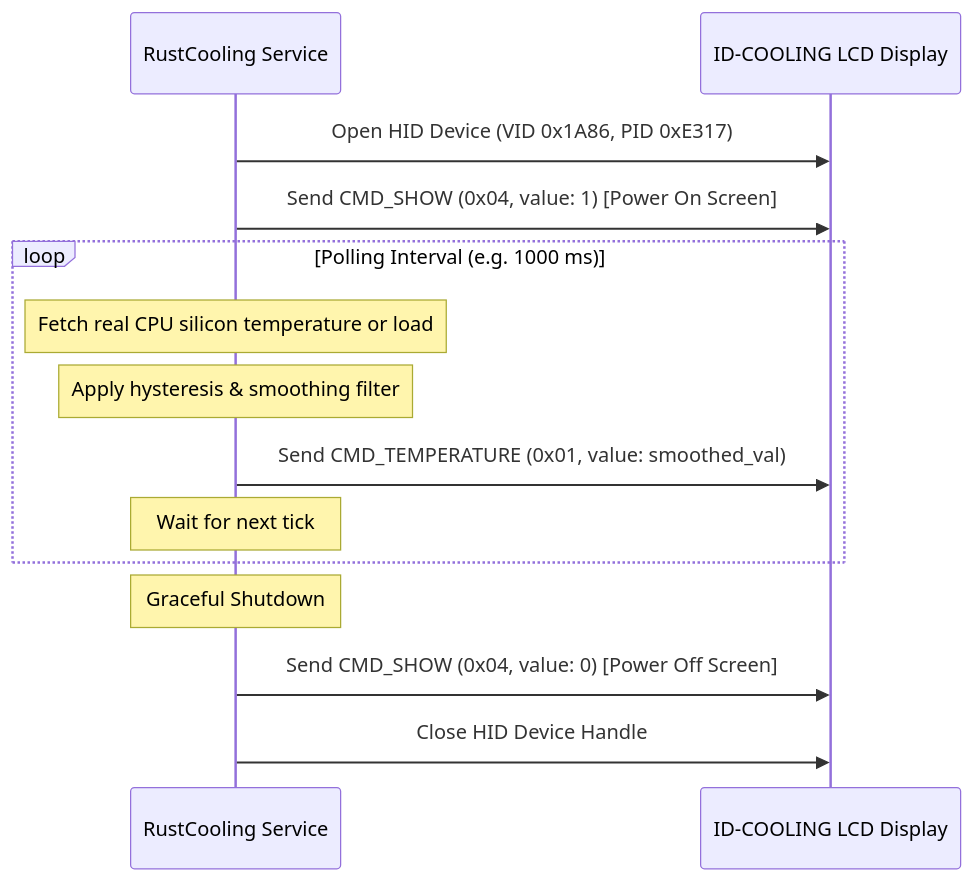
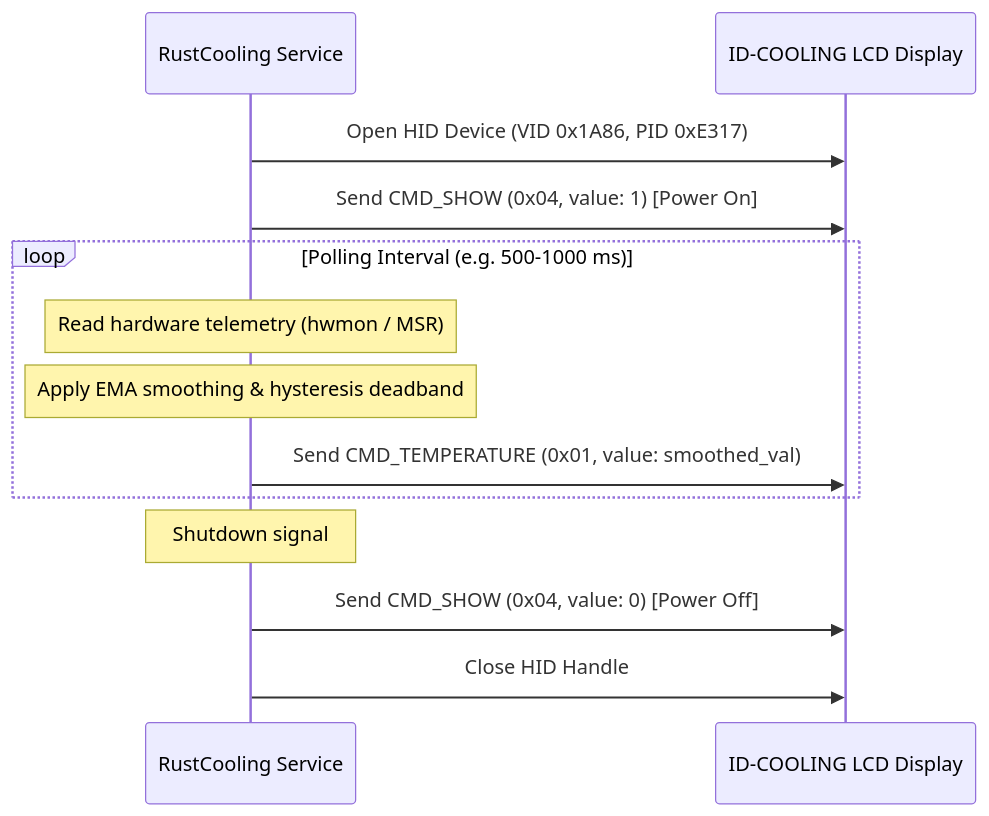
Before and after one commit to Qyzom/RustCooling: the diagram in AGENTS.md, drawn with Mermaid. The commit also changed other lines of this file and 18 other files, not shown here.

Commit message:
Release v1.0.0: optimize memory footprint, add Deb and RPM packaging, and streamline architecture

````diff
--- a/AGENTS.md
+++ b/AGENTS.md
@@ -60,19 +58,18 @@
 ```mermaid
 sequenceDiagram
     participant App as RustCooling Service
     participant Screen as ID-COOLING LCD Display
 
     App->>Screen: Open HID Device (VID 0x1A86, PID 0xE317)
-    App->>Screen: Send CMD_SHOW (0x04, value: 1) [Power On Screen]
+    App->>Screen: Send CMD_SHOW (0x04, value: 1) [Power On]
     
-    loop Polling Interval (e.g. 1000 ms)
-        Note over App: Fetch real CPU silicon temperature or load
-        Note over App: Apply hysteresis & smoothing filter
+    loop Polling Interval (e.g. 500-1000 ms)
+        Note over App: Read hardware telemetry (hwmon / MSR)
+        Note over App: Apply EMA smoothing & hysteresis deadband
         App->>Screen: Send CMD_TEMPERATURE (0x01, value: smoothed_val)
-        Note over App: Wait for next tick
     end
 
-    Note over App: Graceful Shutdown
-    App->>Screen: Send CMD_SHOW (0x04, value: 0) [Power Off Screen]
-    App->>Screen: Close HID Device Handle
+    Note over App: Shutdown signal
+    App->>Screen: Send CMD_SHOW (0x04, value: 0) [Power Off]
+    App->>Screen: Close HID Handle
 ```
````
